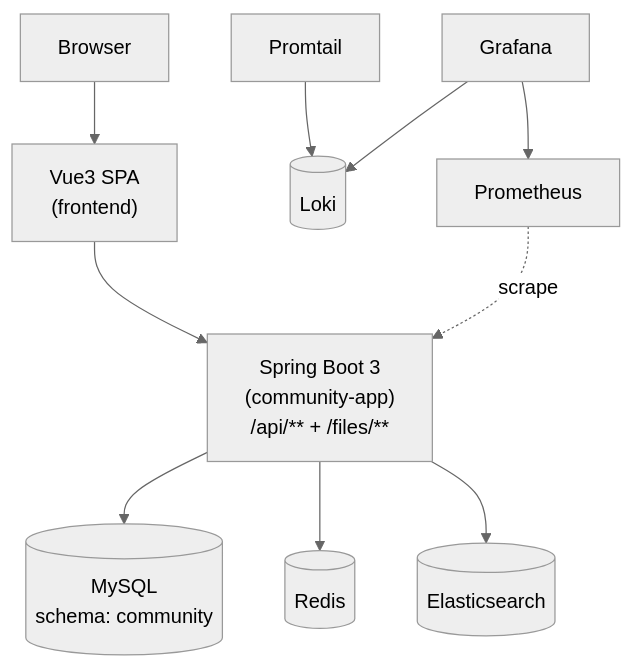
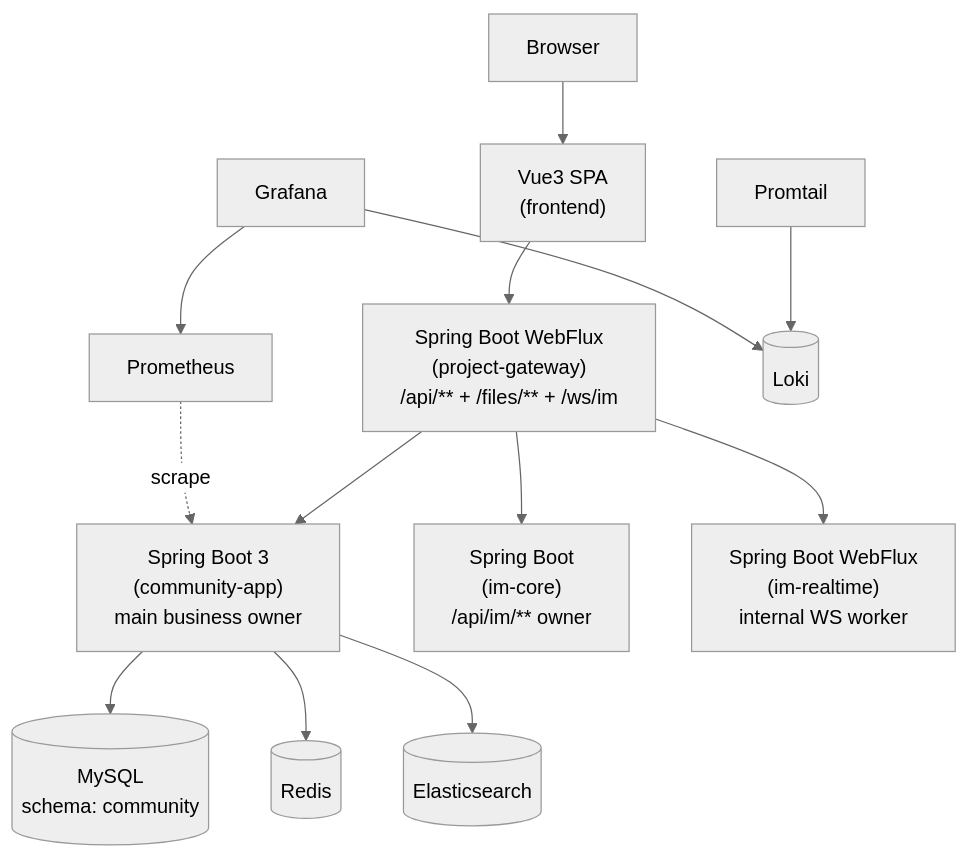
The diagram in docs/ARCHITECTURE.md (skt-shinyruo/community), drawn with Mermaid (neutral theme) before and after one commit. The commit also changed other lines of this file and 68 other files, not shown here.

Commit message:
Add unified project gateway edge

````diff
--- a/docs/ARCHITECTURE.md
+++ b/docs/ARCHITECTURE.md
@@ -35,14 +36,17 @@
 ```mermaid
 flowchart TD
     Browser[Browser] --> FE["Vue3 SPA<br/>(frontend)"]
-    FE --> APP["Spring Boot 3<br/>(community-app)<br/>/api/** + /files/**"]
+    FE --> GW["Spring Boot WebFlux<br/>(project-gateway)<br/>/api/** + /files/** + /ws/im"]
+    GW --> APP["Spring Boot 3<br/>(community-app)<br/>main business owner"]
+    GW --> IMCORE["Spring Boot<br/>(im-core)<br/>/api/im/** owner"]
+    GW --> IMRT["Spring Boot WebFlux<br/>(im-realtime)<br/>internal WS worker"]
 
     APP --> MySQL[(MySQL<br/>schema: community)]
     APP --> Redis[(Redis)]
     APP --> ES[(Elasticsearch)]
 
     Prom[Prometheus] -. scrape .-> APP
     Logs[Promtail] --> Loki[(Loki)]
     Grafana[Grafana] --> Loki
     Grafana --> Prom
 ```
````
